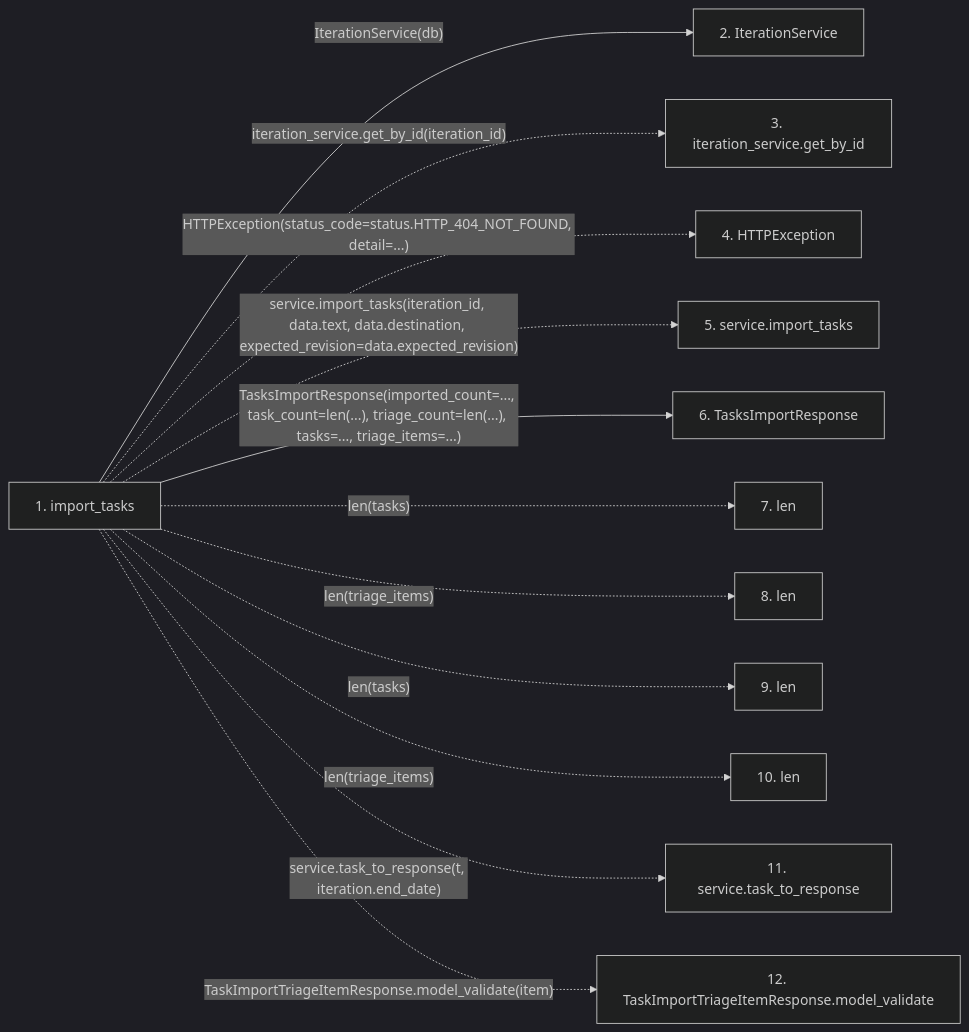
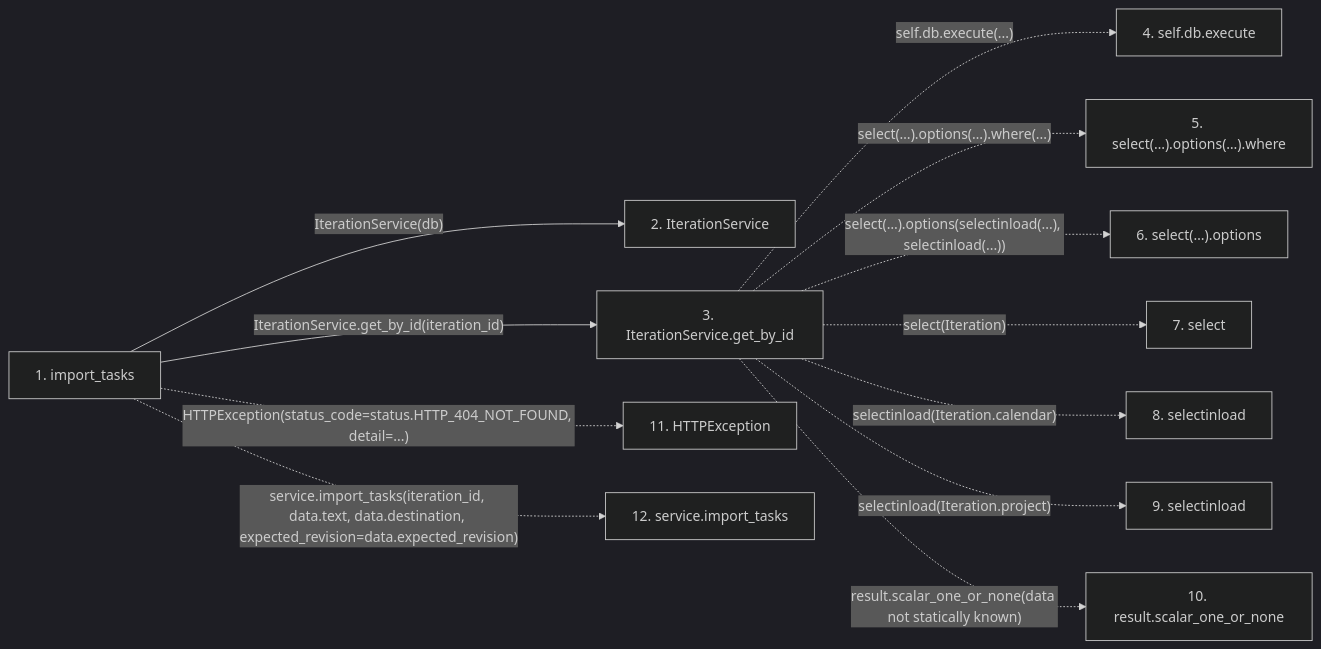
One commit to Denissvgn/WorkChord changed the second of 2 diagrams in docs/llm_wiki/flows/http-import_tasks.md. Above: the diagram before and after it, drawn with Mermaid (dark theme). The commit also changed other lines of this file and 25171 other files, not shown here.

````diff
--- a/docs/llm_wiki/flows/http-import_tasks.md
+++ b/docs/llm_wiki/flows/http-import_tasks.md
@@ -40,29 +87,29 @@
 ```mermaid
 flowchart LR
     s1["1. import_tasks"]
     s2["2. IterationService"]
-    s3["3. iteration_service.get_by_id"]
-    s4["4. HTTPException"]
-    s5["5. service.import_tasks"]
-    s6["6. TasksImportResponse"]
-    s7["7. len"]
-    s8["8. len"]
-    s9["9. len"]
-    s10["10. len"]
-    s11["11. service.task_to_response"]
-    s12["12. TaskImportTriageItemResponse.model_validate"]
+    s3["3. IterationService.get_by_id"]
+    s4["4. self.db.execute"]
+    s5["5. select(…).options(…).where"]
+    s6["6. select(…).options"]
+    s7["7. select"]
+    s8["8. selectinload"]
+    s9["9. selectinload"]
+    s10["10. result.scalar_one_or_none"]
+    s11["11. HTTPException"]
+    s12["12. service.import_tasks"]
     s1 -->|"IterationService(db)"| s2
-    s1 -. "iteration_service.get_by_id(iteration_id)" .-> s3
-    s1 -. "HTTPException(status_code=status.HTTP_404_NOT_FOUND, detail=...)" .-> s4
-    s1 -. "service.import_tasks(iteration_id, data.text, data.destination, expected_revision=data.expected_revision)" .-> s5
-    s1 -->|"TasksImportResponse(imported_count=..., task_count=len(...), triage_count=len(...), tasks=..., triage_items=...)"| s6
-    s1 -. "len(tasks)" .-> s7
-    s1 -. "len(triage_items)" .-> s8
-    s1 -. "len(tasks)" .-> s9
-    s1 -. "len(triage_items)" .-> s10
-    s1 -. "service.task_to_response(t, iteration.end_date)" .-> s11
-    s1 -. "TaskImportTriageItemResponse.model_validate(item)" .-> s12
+    s1 -->|"IterationService.get_by_id(iteration_id)"| s3
+    s3 -. "self.db.execute(...)" .-> s4
+    s3 -. "select(…).options(…).where(...)" .-> s5
+    s3 -. "select(…).options(selectinload(...), selectinload(...))" .-> s6
+    s3 -. "select(Iteration)" .-> s7
+    s3 -. "selectinload(Iteration.calendar)" .-> s8
+    s3 -. "selectinload(Iteration.project)" .-> s9
+    s3 -. "result.scalar_one_or_none(data not statically known)" .-> s10
+    s1 -. "HTTPException(status_code=status.HTTP_404_NOT_FOUND, detail=...)" .-> s11
+    s1 -. "service.import_tasks(iteration_id, data.text, data.destination, expected_revision=data.expected_revision)" .-> s12
     click s1 "../modules/tasks.md"
     click s2 "../modules/iteration_service.md"
-    click s6 "../modules/schemas_task.md"
+    click s3 "../modules/iteration_service.md"
 ```
````
